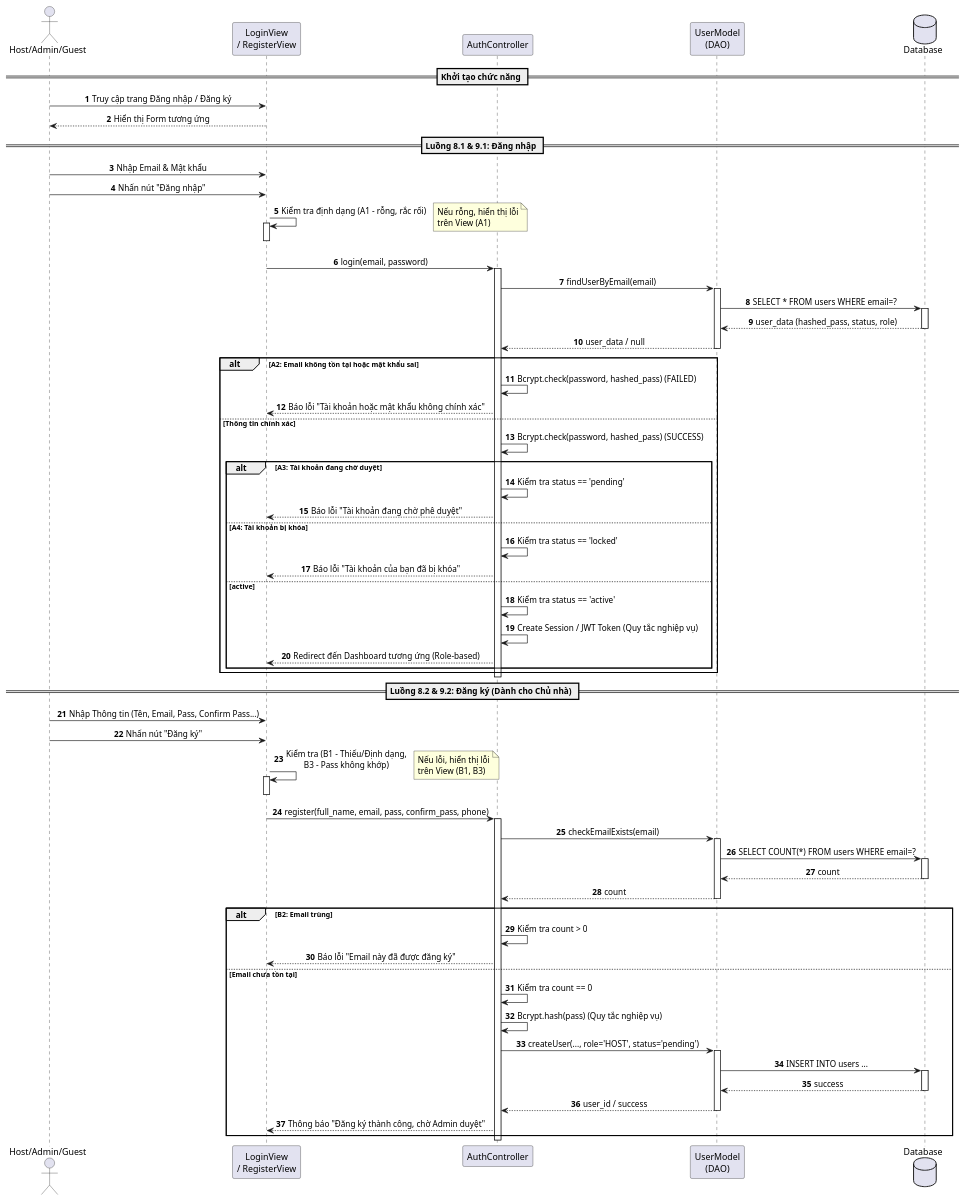
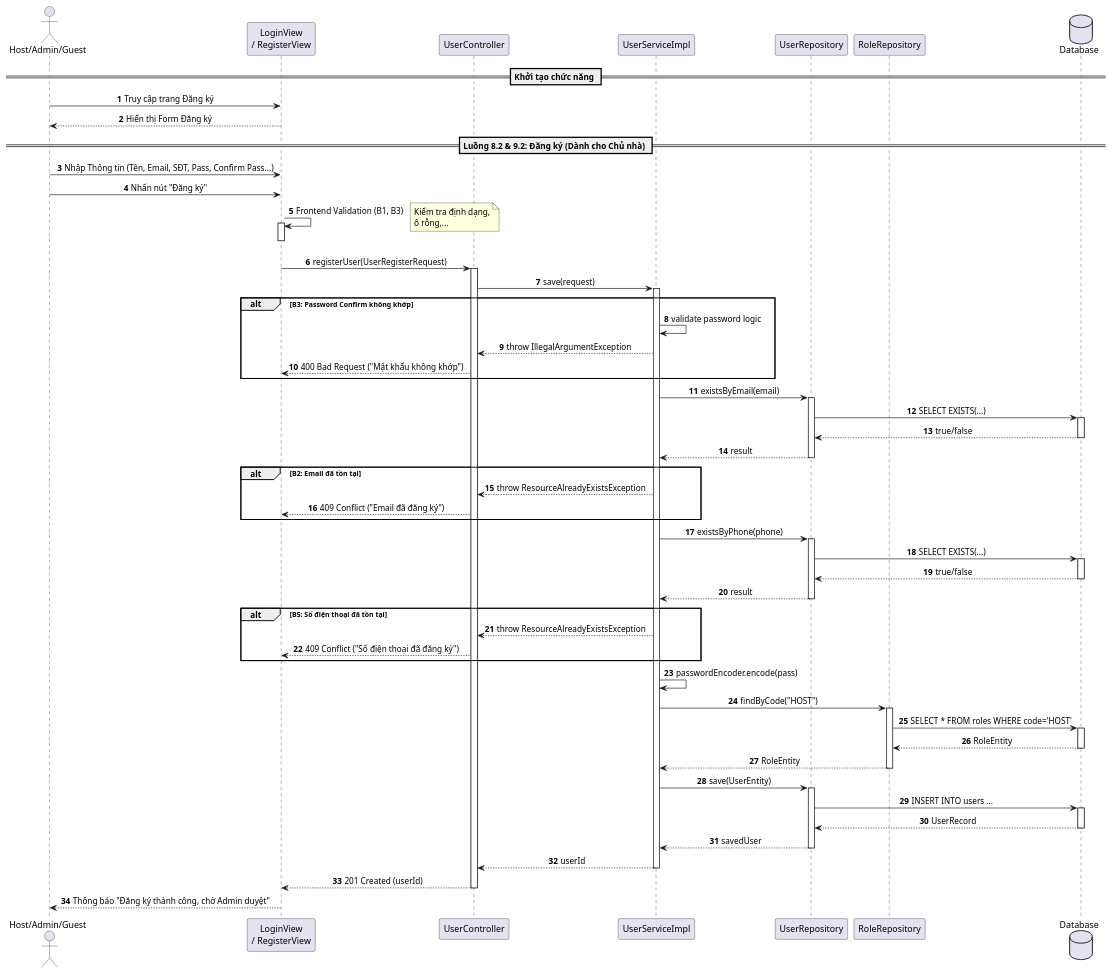
One commit to chishiya2309/LeaseLink-Backend changed the diagram in src/main/java/vn/hcmute/edu/lequanghung_nguyenthaibao/backend/uml/UC01/SequenceDiagramUC1.puml. Above: the diagram before and after it, drawn with PlantUML. The commit also changed 23 other files, not shown here.

Commit message:
Xong cơ bản chức năng đăng nhập

```diff
--- a/src/main/java/vn/hcmute/edu/lequanghung_nguyenthaibao/backend/uml/UC01/SequenceDiagramUC1.puml
+++ b/src/main/java/vn/hcmute/edu/lequanghung_nguyenthaibao/backend/uml/UC01/SequenceDiagramUC1.puml
@@ -1,93 +1,92 @@
 @startuml
 autonumber
 skinparam SequenceMessageAlign center
 
 actor "Host/Admin/Guest" as User
 participant "LoginView\n/ RegisterView" as View
-participant "AuthController" as Ctrl
-participant "UserModel\n(DAO)" as Model
+participant "UserController" as Ctrl
+participant "UserServiceImpl" as Service
+participant "UserRepository" as Repos
+participant "RoleRepository" as RoleRepos
 database "Database" as DB
 
 == Khởi tạo chức năng ==
-User -> View: Truy cập trang Đăng nhập / Đăng ký
-View --> User: Hiển thị Form tương ứng
+User -> View: Truy cập trang Đăng ký
+View --> User: Hiển thị Form Đăng ký
 
-== Luồng 8.1 & 9.1: Đăng nhập ==
-User -> View: Nhập Email & Mật khẩu
-User -> View: Nhấn nút "Đăng nhập"
+== Luồng 8.2 & 9.2: Đăng ký (Dành cho Chủ nhà) ==
+User -> View: Nhập Thông tin (Tên, Email, SĐT, Pass, Confirm Pass...)
+User -> View: Nhấn nút "Đăng ký"
 
-View -> View: Kiểm tra định dạng (A1 - rỗng, rắc rối)
+View -> View: Frontend Validation (B1, B3)
 activate View
-    note right: Nếu rỗng, hiển thị lỗi\ntrên View (A1)
+    note right: Kiểm tra định dạng,\nô rỗng,...
 deactivate View
 
-View -> Ctrl: login(email, password)
+View -> Ctrl: registerUser(UserRegisterRequest)
 activate Ctrl
-    Ctrl -> Model: findUserByEmail(email)
-    activate Model
-        Model -> DB: SELECT * FROM users WHERE email=?
-        activate DB
-            DB --> Model: user_data (hashed_pass, status, role)
-        deactivate DB
-        Model --> Ctrl: user_data / null
-    deactivate Model
+    Ctrl -> Service: save(request)
+    activate Service
+        
+        alt B3: Password Confirm không khớp
+            Service -> Service: validate password logic
+            Service --> Ctrl: throw IllegalArgumentException
+            Ctrl --> View: 400 Bad Request ("Mật khẩu không khớp")
+        end
 
-    alt A2: Email không tồn tại hoặc mật khẩu sai
-        Ctrl -> Ctrl: Bcrypt.check(password, hashed_pass) (FAILED)
-        Ctrl --> View: Báo lỗi "Tài khoản hoặc mật khẩu không chính xác"
-    else Thông tin chính xác
-        Ctrl -> Ctrl: Bcrypt.check(password, hashed_pass) (SUCCESS)
+        Service -> Repos: existsByEmail(email)
+        activate Repos
+            Repos -> DB: SELECT EXISTS(...)
+            activate DB
+                DB --> Repos: true/false
+            deactivate DB
+            Repos --> Service: result
+        deactivate Repos
+        
+        alt B2: Email đã tồn tại
+            Service --> Ctrl: throw ResourceAlreadyExistsException
+            Ctrl --> View: 409 Conflict ("Email đã đăng ký")
+        end
 
-        alt A3: Tài khoản đang chờ duyệt
-            Ctrl -> Ctrl: Kiểm tra status == 'pending'
-            Ctrl --> View: Báo lỗi "Tài khoản đang chờ phê duyệt"
-        else A4: Tài khoản bị khóa
-            Ctrl -> Ctrl: Kiểm tra status == 'locked'
-            Ctrl --> View: Báo lỗi "Tài khoản của bạn đã bị khóa"
-        else active
-            Ctrl -> Ctrl: Kiểm tra status == 'active'
-            Ctrl -> Ctrl: Create Session / JWT Token (Quy tắc nghiệp vụ)
-            Ctrl --> View: Redirect đến Dashboard tương ứng (Role-based)
+        Service -> Repos: existsByPhone(phone)
+        activate Repos
+            Repos -> DB: SELECT EXISTS(...)
+            activate DB
+                DB --> Repos: true/false
+            deactivate DB
+            Repos --> Service: result
+        deactivate Repos
+
+        alt B5: Số điện thoại đã tồn tại
+            Service --> Ctrl: throw ResourceAlreadyExistsException
+            Ctrl --> View: 409 Conflict ("Số điện thoại đã đăng ký")
         end
-    end
+
+        Service -> Service: passwordEncoder.encode(pass)
+        
+        Service -> RoleRepos: findByCode("HOST")
+        activate RoleRepos
+            RoleRepos -> DB: SELECT * FROM roles WHERE code='HOST'
+            activate DB
+                DB --> RoleRepos: RoleEntity
+            deactivate DB
+            RoleRepos --> Service: RoleEntity
+        deactivate RoleRepos
+
+        Service -> Repos: save(UserEntity)
+        activate Repos
+            Repos -> DB: INSERT INTO users ...
+            activate DB
+                DB --> Repos: UserRecord
+            deactivate DB
+            Repos --> Service: savedUser
+        deactivate Repos
+        
+        Service --> Ctrl: userId
+    deactivate Service
+    Ctrl --> View: 201 Created (userId)
 deactivate Ctrl
 
-== Luồng 8.2 & 9.2: Đăng ký (Dành cho Chủ nhà) ==
-User -> View: Nhập Thông tin (Tên, Email, Pass, Confirm Pass...)
-User -> View: Nhấn nút "Đăng ký"
-
-View -> View: Kiểm tra (B1 - Thiếu/Định dạng,\nB3 - Pass không khớp)
-activate View
-    note right: Nếu lỗi, hiển thị lỗi\ntrên View (B1, B3)
-deactivate View
-
-View -> Ctrl: register(full_name, email, pass, confirm_pass, phone)
-activate Ctrl
-    Ctrl -> Model: checkEmailExists(email)
-    activate Model
-        Model -> DB: SELECT COUNT(*) FROM users WHERE email=?
-        activate DB
-            DB --> Model: count
-        deactivate DB
-        Model --> Ctrl: count
-    deactivate Model
-
-    alt B2: Email trùng
-        Ctrl -> Ctrl: Kiểm tra count > 0
-        Ctrl --> View: Báo lỗi "Email này đã được đăng ký"
-    else Email chưa tồn tại
-        Ctrl -> Ctrl: Kiểm tra count == 0
-        Ctrl -> Ctrl: Bcrypt.hash(pass) (Quy tắc nghiệp vụ)
-        Ctrl -> Model: createUser(..., role='HOST', status='pending')
-        activate Model
-            Model -> DB: INSERT INTO users ...
-            activate DB
-                DB --> Model: success
-            deactivate DB
-            Model --> Ctrl: user_id / success
-        deactivate Model
-        Ctrl --> View: Thông báo "Đăng ký thành công, chờ Admin duyệt"
-    end
-deactivate Ctrl
+View --> User: Thông báo "Đăng ký thành công, chờ Admin duyệt"
 
 @enduml
```
